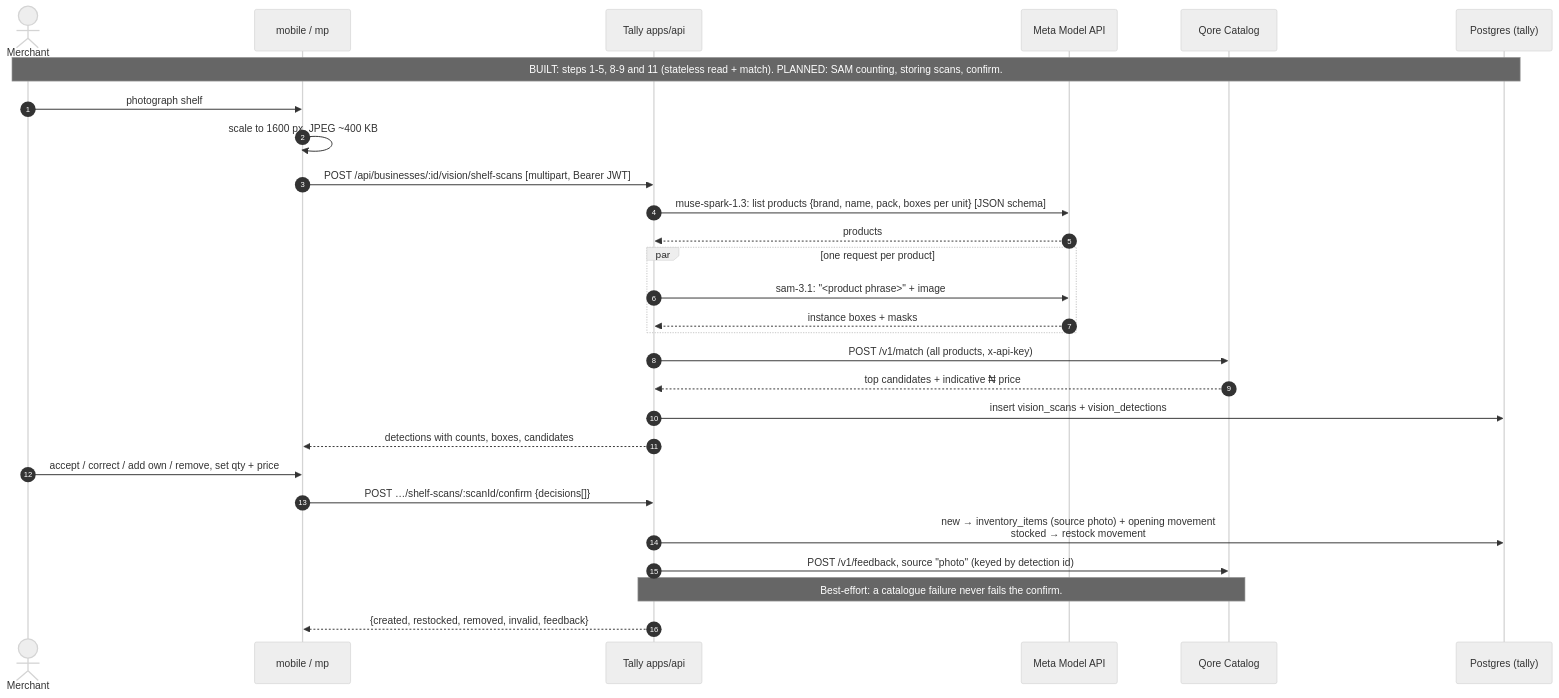
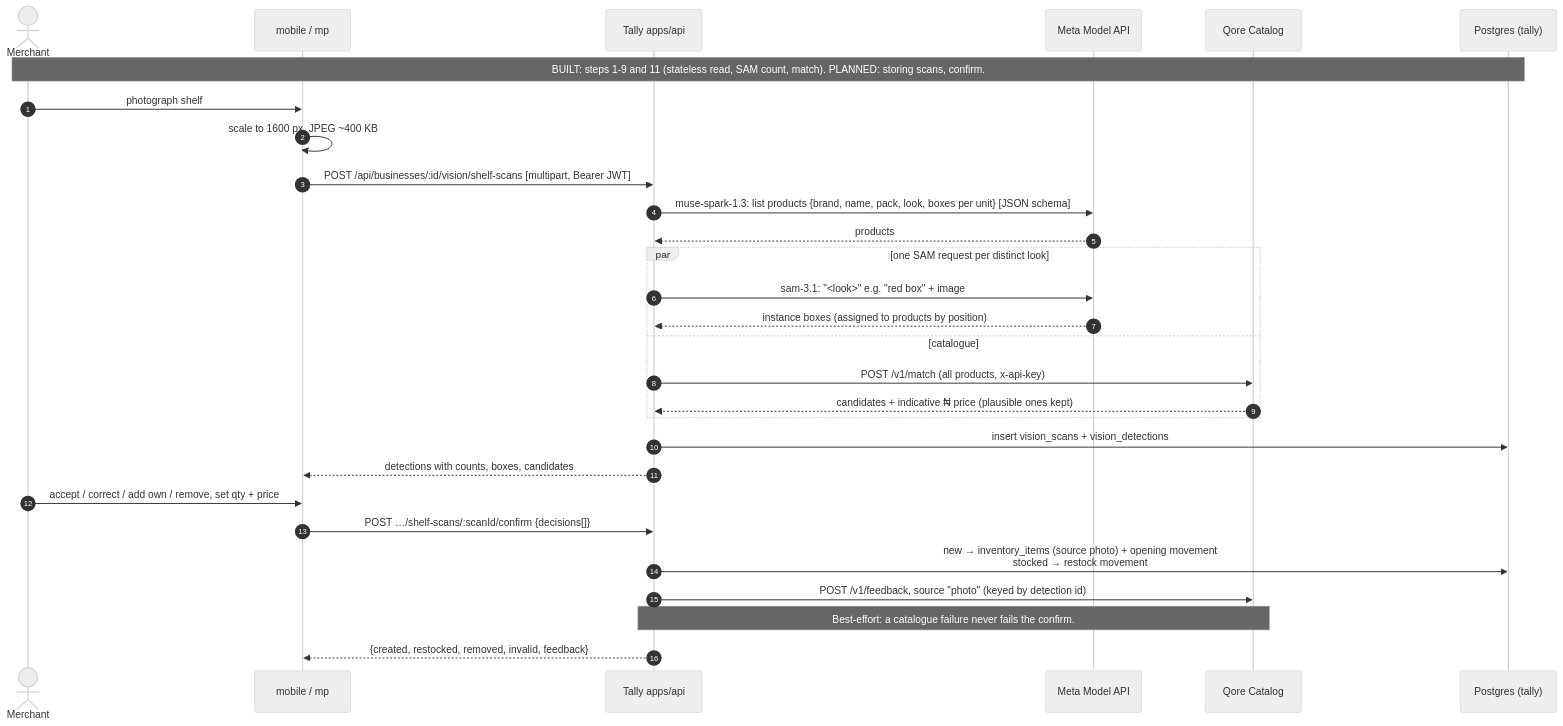
One commit to usecorehq/tally changed the diagram in docs/diagrams/mermaid/vision-shelf-scan-sequence.mmd. Above: the diagram before and after it, drawn with Mermaid. The commit also changed 11 other files, not shown here.

First line of the commit message:
feat(api): count shelf units with sam 3.1

```diff
--- a/docs/diagrams/mermaid/vision-shelf-scan-sequence.mmd
+++ b/docs/diagrams/mermaid/vision-shelf-scan-sequence.mmd
@@ -1,30 +1,31 @@
 %%{init: {"theme": "neutral"} }%%
 sequenceDiagram
     autonumber
     actor M as Merchant
     participant P as mobile / mp
     participant A as Tally apps/api
     participant S as Meta Model API
     participant Q as Qore Catalog
     participant D as Postgres (tally)
 
-    Note over M,D: BUILT: steps 1-5, 8-9 and 11 (stateless read + match). PLANNED: SAM counting, storing scans, confirm.
+    Note over M,D: BUILT: steps 1-9 and 11 (stateless read, SAM count, match). PLANNED: storing scans, confirm.
     M->>P: photograph shelf
     P->>P: scale to 1600 px, JPEG ~400 KB
     P->>A: POST /api/businesses/:id/vision/shelf-scans [multipart, Bearer JWT]
-    A->>S: muse-spark-1.3: list products {brand, name, pack, boxes per unit} [JSON schema]
+    A->>S: muse-spark-1.3: list products {brand, name, pack, look, boxes per unit} [JSON schema]
     S-->>A: products
-    par one request per product
-        A->>S: sam-3.1: "<product phrase>" + image
-        S-->>A: instance boxes + masks
+    par one SAM request per distinct look
+        A->>S: sam-3.1: "<look>" e.g. "red box" + image
+        S-->>A: instance boxes (assigned to products by position)
+    and catalogue
+        A->>Q: POST /v1/match (all products, x-api-key)
+        Q-->>A: candidates + indicative ₦ price (plausible ones kept)
     end
-    A->>Q: POST /v1/match (all products, x-api-key)
-    Q-->>A: top candidates + indicative ₦ price
     A->>D: insert vision_scans + vision_detections
     A-->>P: detections with counts, boxes, candidates
     M->>P: accept / correct / add own / remove, set qty + price
     P->>A: POST …/shelf-scans/:scanId/confirm {decisions[]}
     A->>D: new → inventory_items (source photo) + opening movement<br/>stocked → restock movement
     A->>Q: POST /v1/feedback, source "photo" (keyed by detection id)
     Note over A,Q: Best-effort: a catalogue failure never fails the confirm.
     A-->>P: {created, restocked, removed, invalid, feedback}
```
